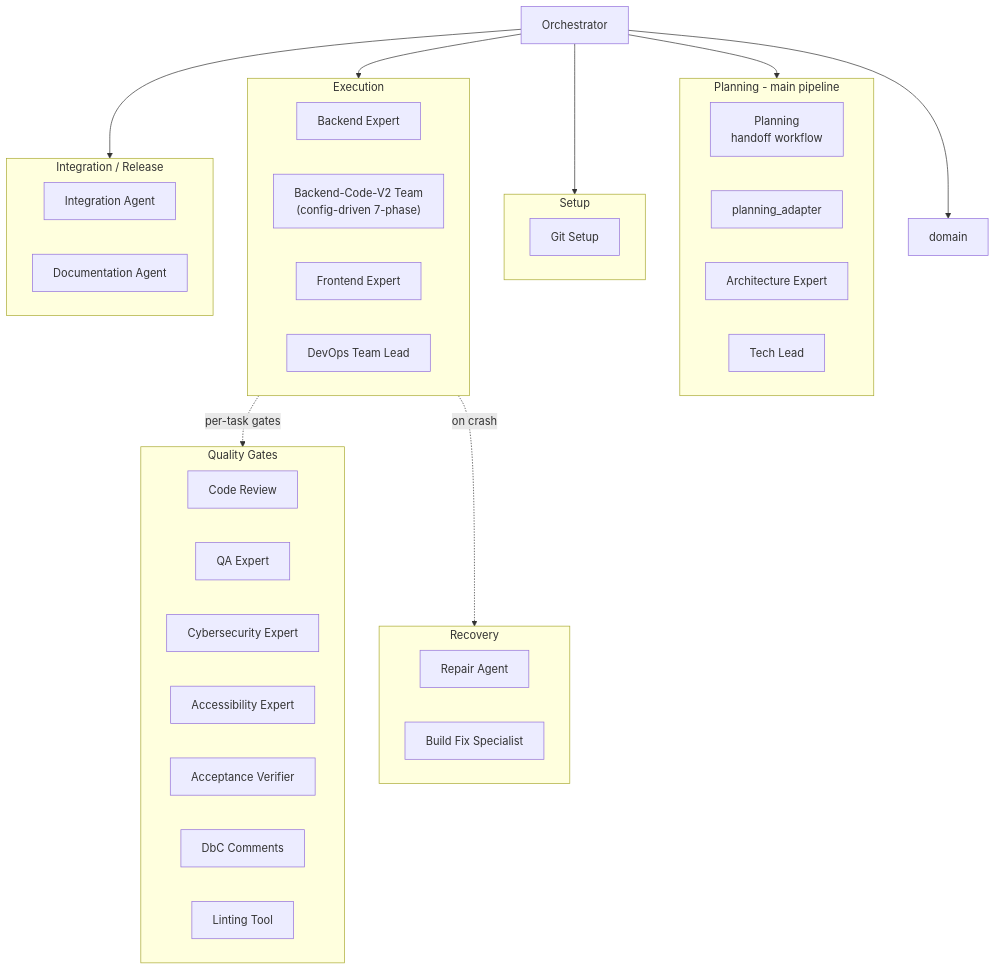
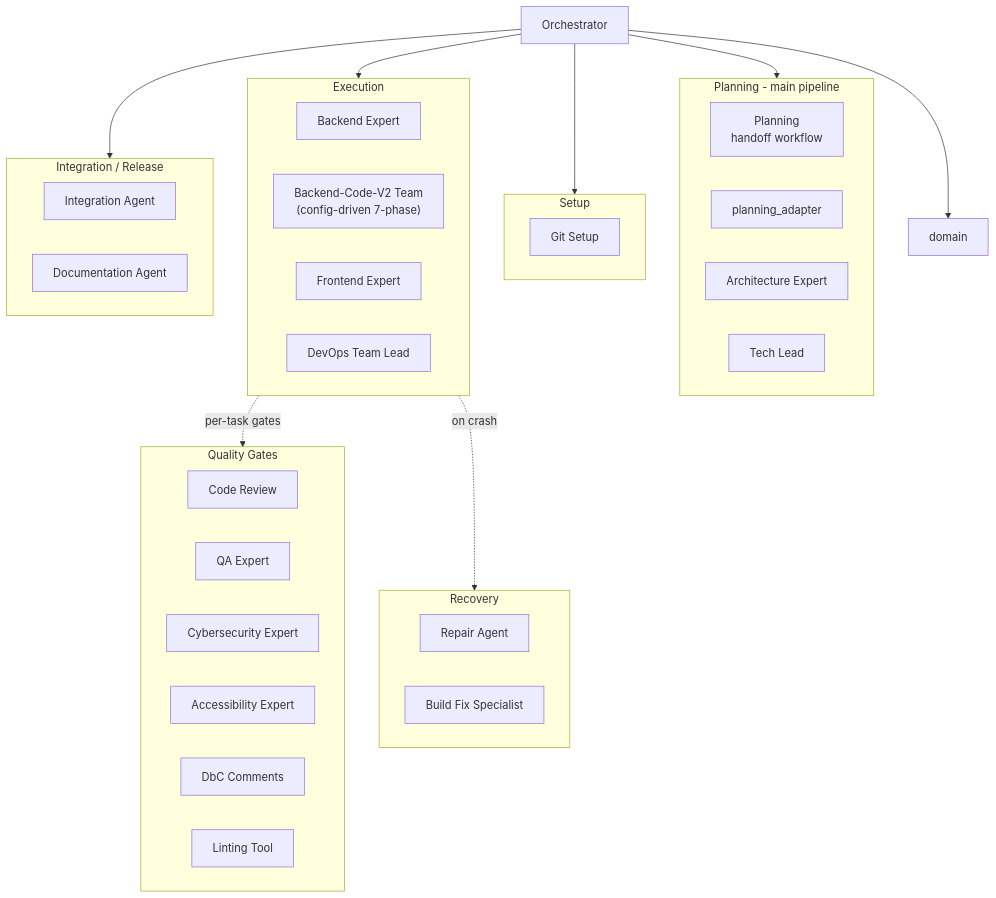
The third of 15 diagrams in docs/ARCHITECTURE.md (brandonkindred/Khala-Agentic-AI-Teams), drawn with Mermaid before and after one commit. The commit also changed other lines of this file and 5 other files, not shown here.

First line of the commit message:
Remove remaining Acceptance Verifier references flagged by review

````diff
--- a/docs/ARCHITECTURE.md
+++ b/docs/ARCHITECTURE.md
@@ -117,50 +117,49 @@
 ```mermaid
 flowchart TB
     Orch["Orchestrator"]
 
     subgraph planning [Planning - main pipeline]
         planningTeam["Planning\nhandoff workflow"]
         adapter["planning_adapter"]
         archExpert["Architecture Expert"]
         techLead["Tech Lead"]
     end
 
     subgraph setupGroup [Setup]
         gitSetup["Git Setup"]
     end
 
     subgraph execGroup [Execution]
         backendAgent["Backend Expert"]
         backendV2Team["Backend-Code-V2 Team\n(config-driven 7-phase)"]
         frontendAgent["Frontend Expert"]
         devopsTeam["DevOps Team Lead"]
     end
 
     subgraph qualityGroup [Quality Gates]
         codeReview["Code Review"]
         qaAgent["QA Expert"]
         secAgent["Cybersecurity Expert"]
         a11yAgent["Accessibility Expert"]
-        acceptV["Acceptance Verifier"]
         dbcAgent["DbC Comments"]
         lintAgent["Linting Tool"]
     end
 
     subgraph postGroup ["Integration / Release"]
         intAgent["Integration Agent"]
         docAgent["Documentation Agent"]
     end
 
     subgraph supportGroup [Recovery]
         repairAgent["Repair Agent"]
         buildFixAgent["Build Fix Specialist"]
     end
 
     Orch --> planning
     Orch --> domain
     Orch --> setupGroup
     Orch --> execGroup
     execGroup -.->|"per-task gates"| qualityGroup
     Orch --> postGroup
     execGroup -.->|"on crash"| supportGroup
 ```
````
